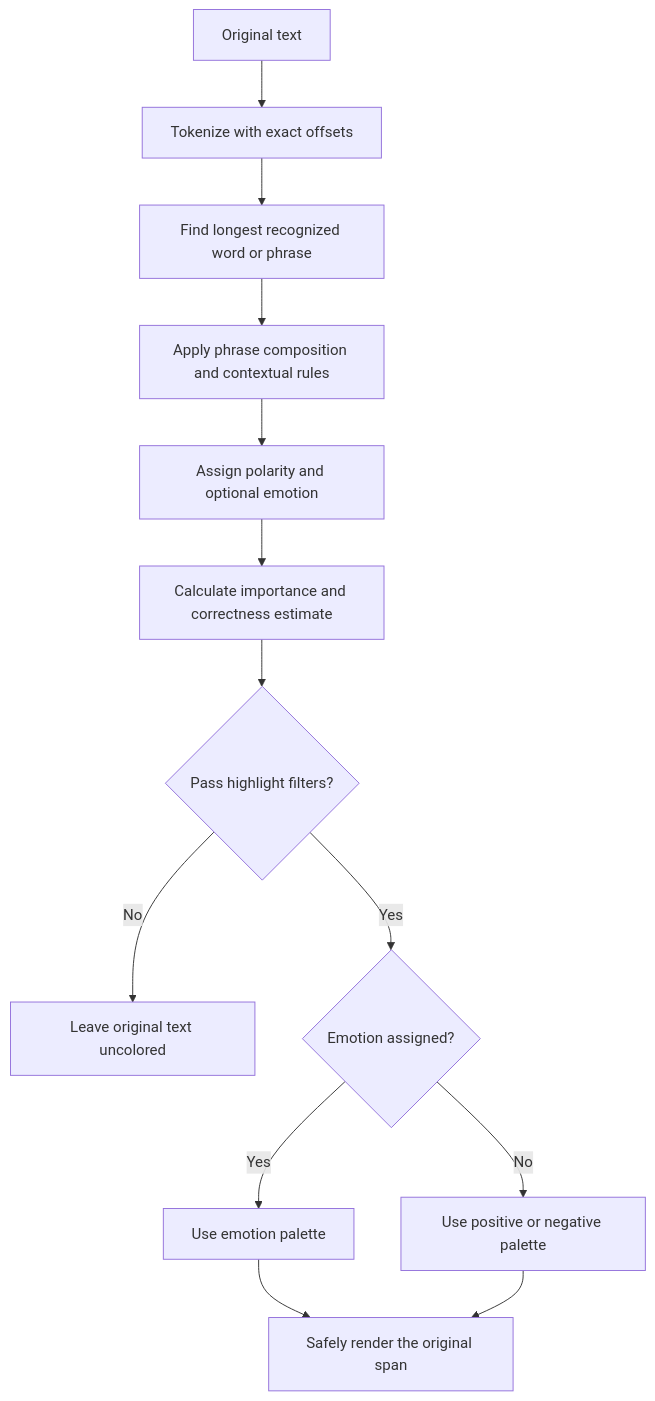
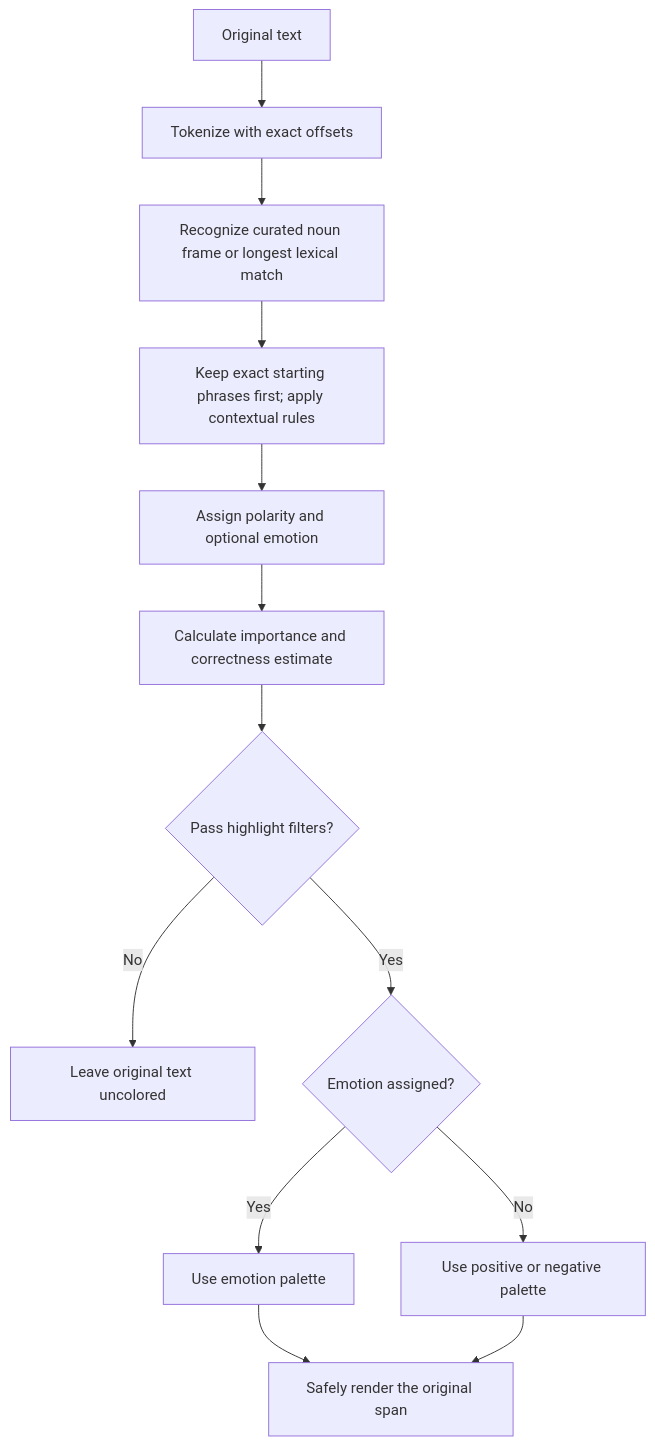
One commit to SydBal/textheat changed the diagram in docs/HIGHLIGHTING_ALGORITHM.md. Above: the diagram before and after it, drawn with Mermaid. The commit also changed other lines of this file and 26 other files, not shown here.

````diff
--- a/docs/HIGHLIGHTING_ALGORITHM.md
+++ b/docs/HIGHLIGHTING_ALGORITHM.md
@@ -9,15 +9,15 @@
 ```mermaid
 flowchart TD
     A[Original text] --> B[Tokenize with exact offsets]
-    B --> C[Find longest recognized word or phrase]
-    C --> D[Apply phrase composition and contextual rules]
+    B --> C[Recognize curated noun frame or longest lexical match]
+    C --> D[Keep exact starting phrases first; apply contextual rules]
     D --> E[Assign polarity and optional emotion]
     E --> F[Calculate importance and correctness estimate]
     F --> G{Pass highlight filters?}
     G -->|No| H[Leave original text uncolored]
     G -->|Yes| I{Emotion assigned?}
     I -->|Yes| J[Use emotion palette]
     I -->|No| K[Use positive or negative palette]
     J --> L[Safely render the original span]
     K --> L
 ```
````
